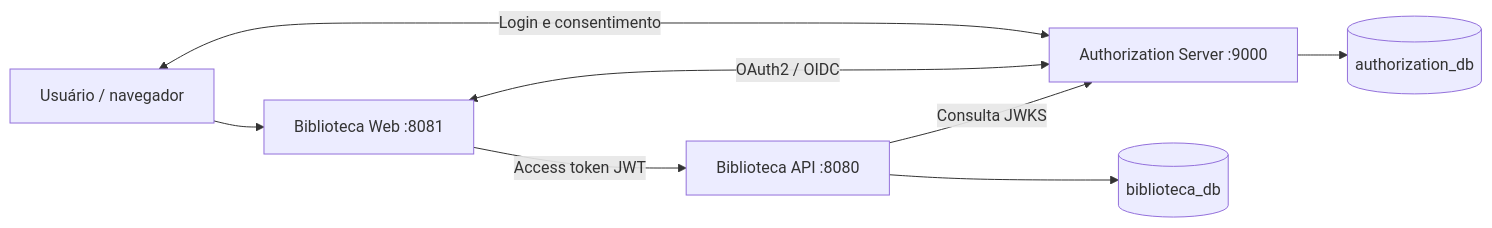
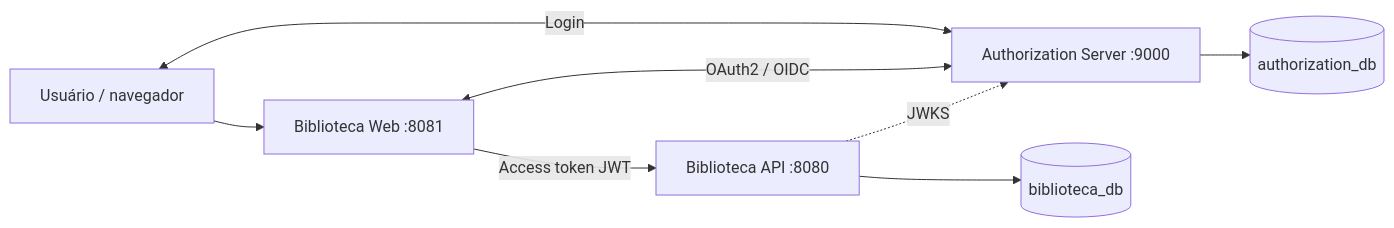
The diagram in README.md (gabrielppg123/biblioteca-spring-boot), drawn with Mermaid before and after one commit. The commit also changed other lines of this file and 16 other files, not shown here.

````diff
--- a/README.md
+++ b/README.md
@@ -9,10 +13,10 @@
 ```mermaid
 flowchart LR
     U[Usuário / navegador] --> W[Biblioteca Web :8081]
-    U <-->|Login e consentimento| AS[Authorization Server :9000]
+    U <-->|Login| AS[Authorization Server :9000]
     W <-->|OAuth2 / OIDC| AS
     W -->|Access token JWT| API[Biblioteca API :8080]
-    API -->|Consulta JWKS| AS
+    API -.->|JWKS| AS
     AS --> D1[(authorization_db)]
     API --> D2[(biblioteca_db)]
 ```
````
